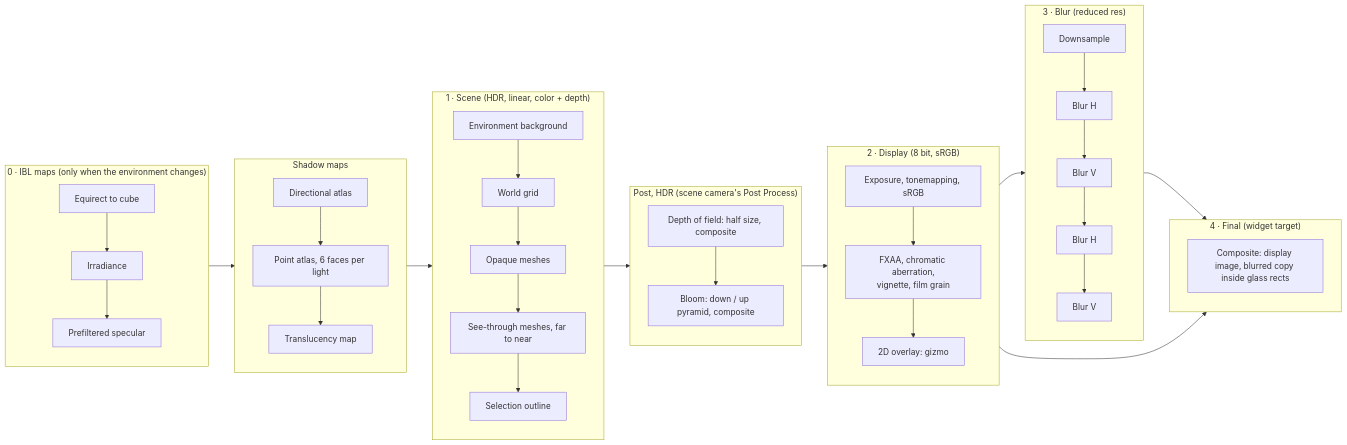
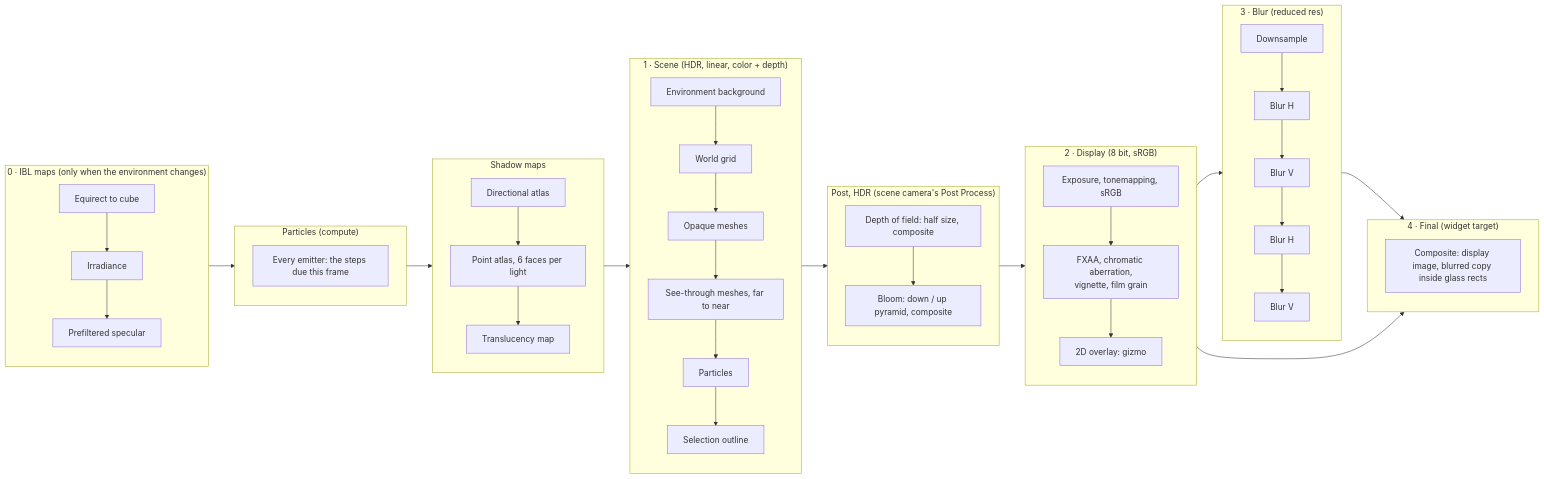
One commit to Dnurr/Lune changed the diagram in docs/rendering.md. Above: the diagram before and after it, drawn with Mermaid. The commit also changed other lines of this file and 17 other files, not shown here.

First line of the commit message:
GPU particles: emitters, compute simulation on the timeline, instanced draws

````diff
--- a/docs/rendering.md
+++ b/docs/rendering.md
@@ -18,26 +18,29 @@
 ```mermaid
 flowchart LR
     subgraph P0["0 &middot; IBL maps (only when the environment changes)"]
         conv[Equirect to cube] --> irr[Irradiance] --> pre[Prefiltered specular]
     end
+    subgraph PC["Particles (compute)"]
+        sim[Every emitter: the steps due this frame]
+    end
     subgraph PS["Shadow maps"]
         sdir[Directional atlas] --> spoint[Point atlas, 6 faces per light] --> strans[Translucency map]
     end
     subgraph P1["1 &middot; Scene (HDR, linear, color + depth)"]
-        bg[Environment background] --> grid[World grid] --> meshes[Opaque meshes] --> blend[See-through meshes, far to near] --> outline[Selection outline]
+        bg[Environment background] --> grid[World grid] --> meshes[Opaque meshes] --> blend[See-through meshes, far to near] --> parts[Particles] --> outline[Selection outline]
     end
     subgraph PP["Post, HDR (scene camera's Post Process)"]
         dof[Depth of field: half size, composite] --> bloom[Bloom: down / up pyramid, composite]
     end
     subgraph P2["2 &middot; Display (8 bit, sRGB)"]
         disp[Exposure, tonemapping, sRGB] --> lpost[FXAA, chromatic aberration,<br/>vignette, film grain] --> overlay[2D overlay: gizmo]
     end
     subgraph P3["3 &middot; Blur (reduced res)"]
         down[Downsample] --> h1[Blur H] --> v1[Blur V] --> h2[Blur H] --> v2[Blur V]
     end
     subgraph P4["4 &middot; Final (widget target)"]
         comp[Composite: display image, blurred copy inside glass rects]
     end
-    P0 --> PS --> P1 --> PP --> P2 --> P3 --> P4
+    P0 --> PC --> PS --> P1 --> PP --> P2 --> P3 --> P4
     P2 --> P4
 ```
````
